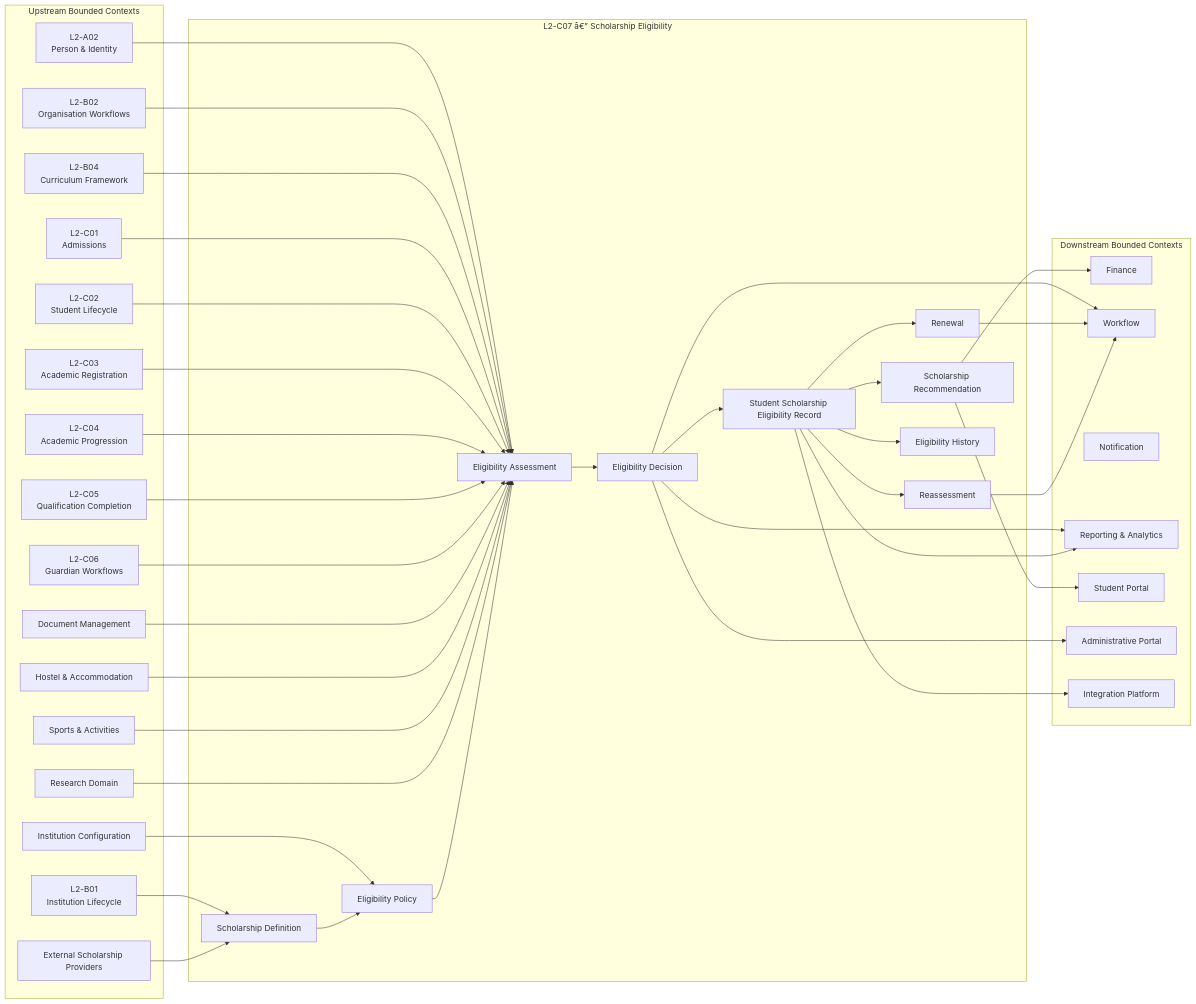
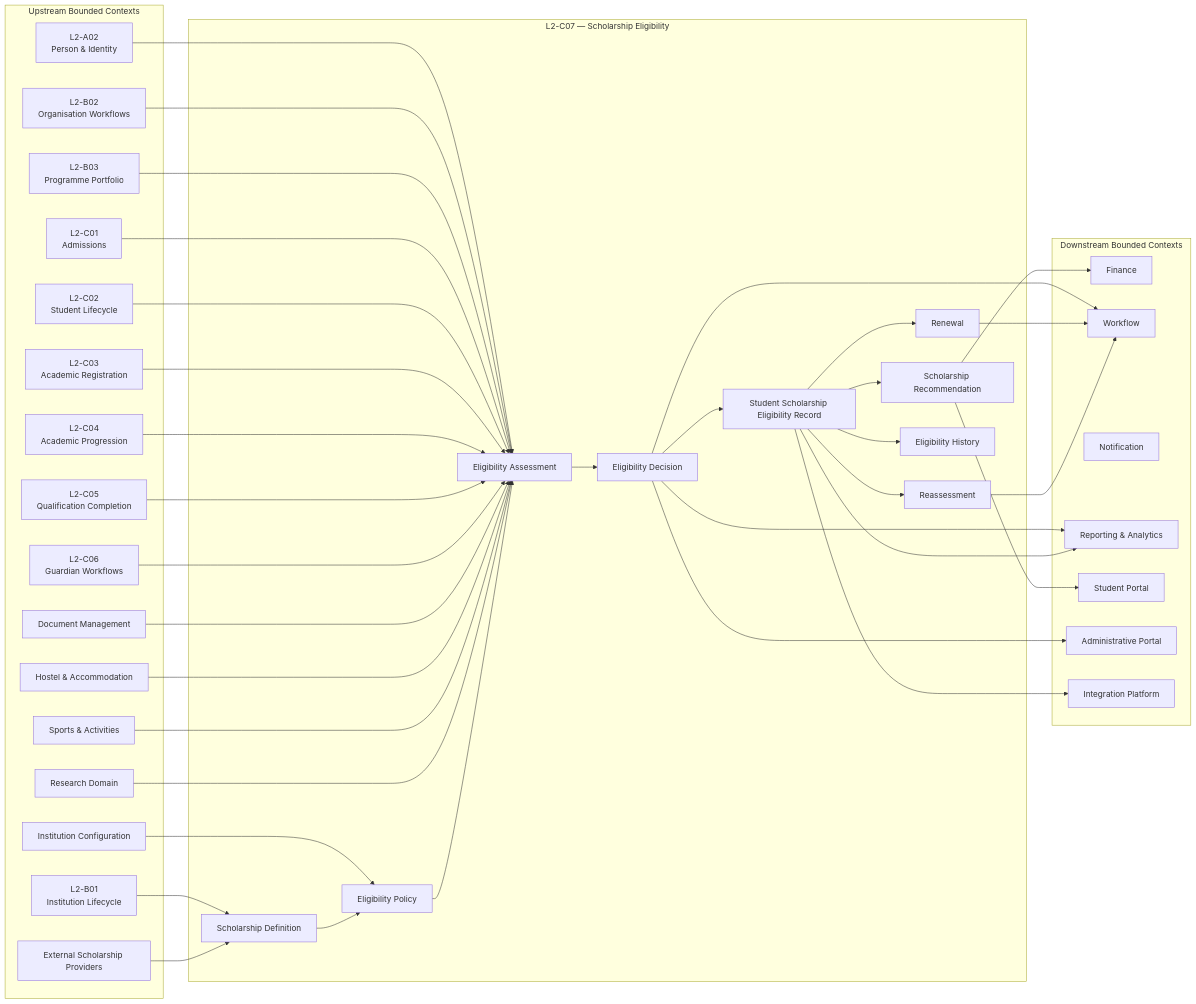
The first of 15 diagrams in architecture/L2_Domain_Workflow_Architecture/section-c/L2-C07_Scholarship_Eligibility_Workflows.md (Varad1604/ERP_hark), drawn with Mermaid before and after one commit. The commit also changed other lines of this file and 39 other files, not shown here.

```diff
--- a/architecture/L2_Domain_Workflow_Architecture/section-c/L2-C07_Scholarship_Eligibility_Workflows.md
+++ b/architecture/L2_Domain_Workflow_Architecture/section-c/L2-C07_Scholarship_Eligibility_Workflows.md
@@ -2744,7 +2751,7 @@
 
 B02["L2-B02<br/>Organisation Workflows"]
 
-B03["L2-B04<br/>Curriculum Framework"]
+B03["L2-B03<br/>Programme Portfolio"]
 
 C01["L2-C01<br/>Admissions"]
 
@@ -2776,7 +2783,7 @@
 %% Scholarship Eligibility
 %% ===========================
 
-subgraph C07["L2-C07 â€” Scholarship Eligibility"]
+subgraph C07["L2-C07 — Scholarship Eligibility"]
 
 SD["Scholarship Definition"]
 
```
